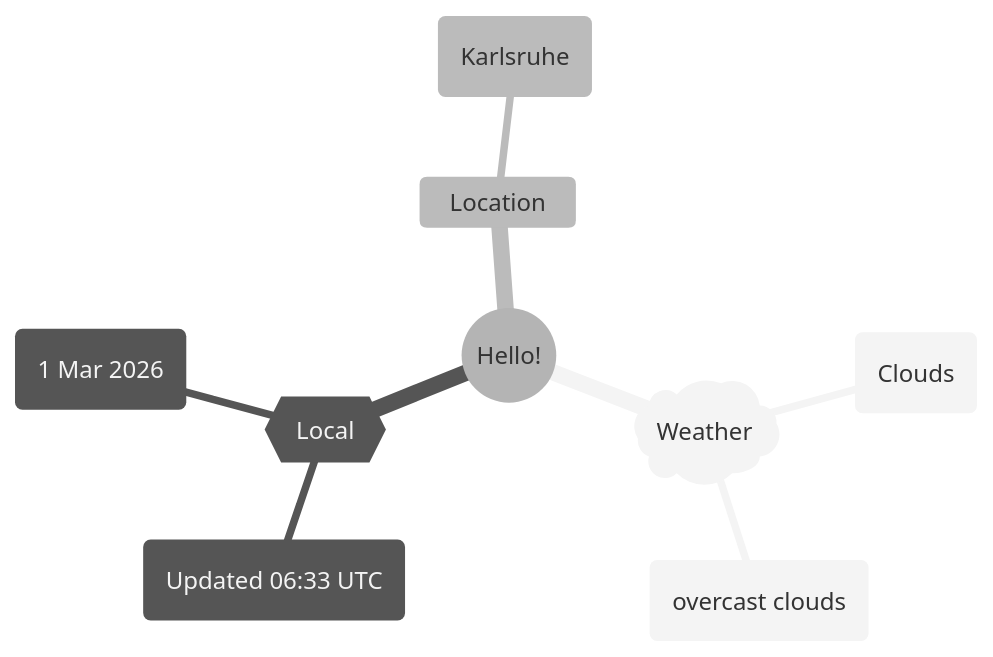
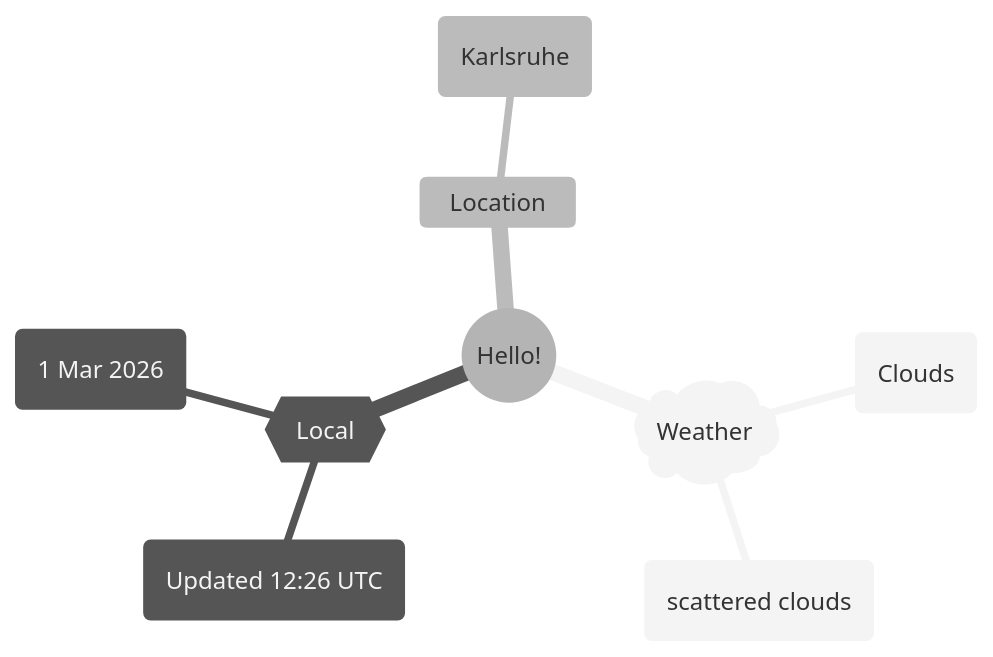
The first of 2 diagrams in README.md (Xosrov/Xosrov), drawn with Mermaid (neutral theme) before and after one commit.

Commit message:
[bot] updated images

````diff
--- a/README.md
+++ b/README.md
@@ -3,12 +3,12 @@
 ```mermaid
 mindmap
   root((Hello!))
     )Weather(
         (Clouds)
-        (overcast clouds)
+        (scattered clouds)
     {{Local}}
-        (Updated 06:33 UTC)
+        (Updated 12:26 UTC)
         (1 Mar 2026)
     Location
         (Karlsruhe)
 ```
````
